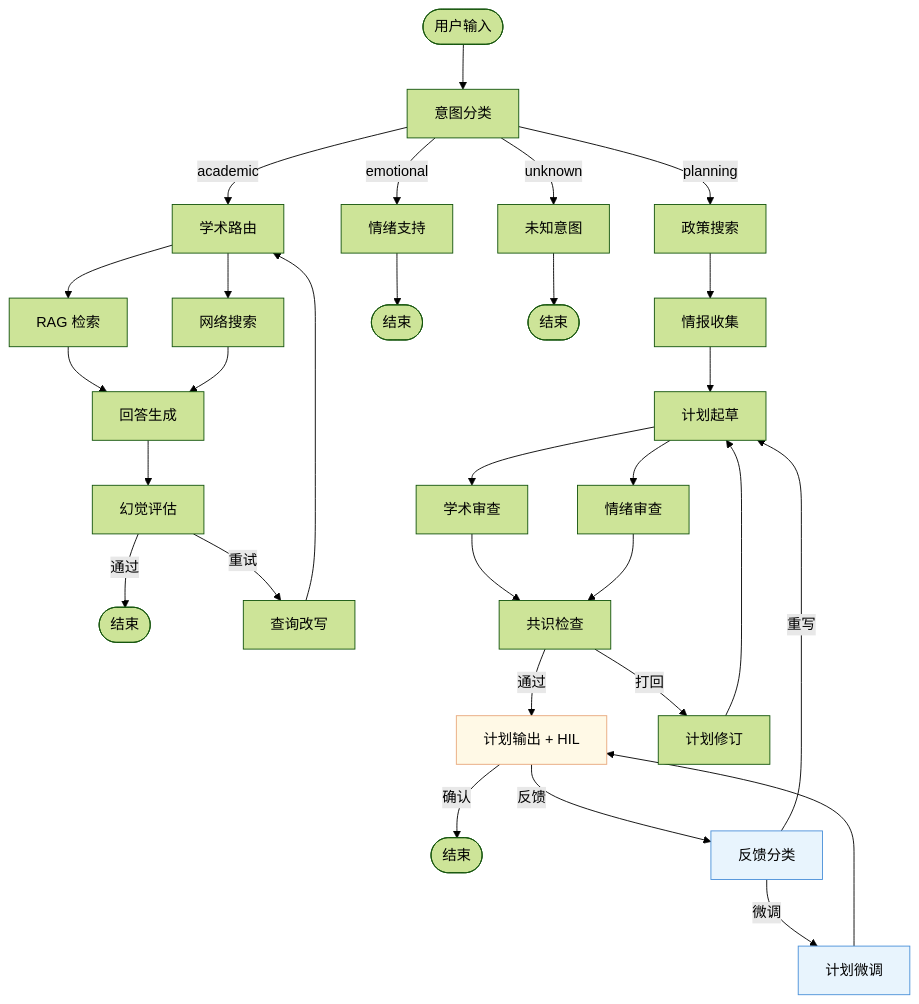
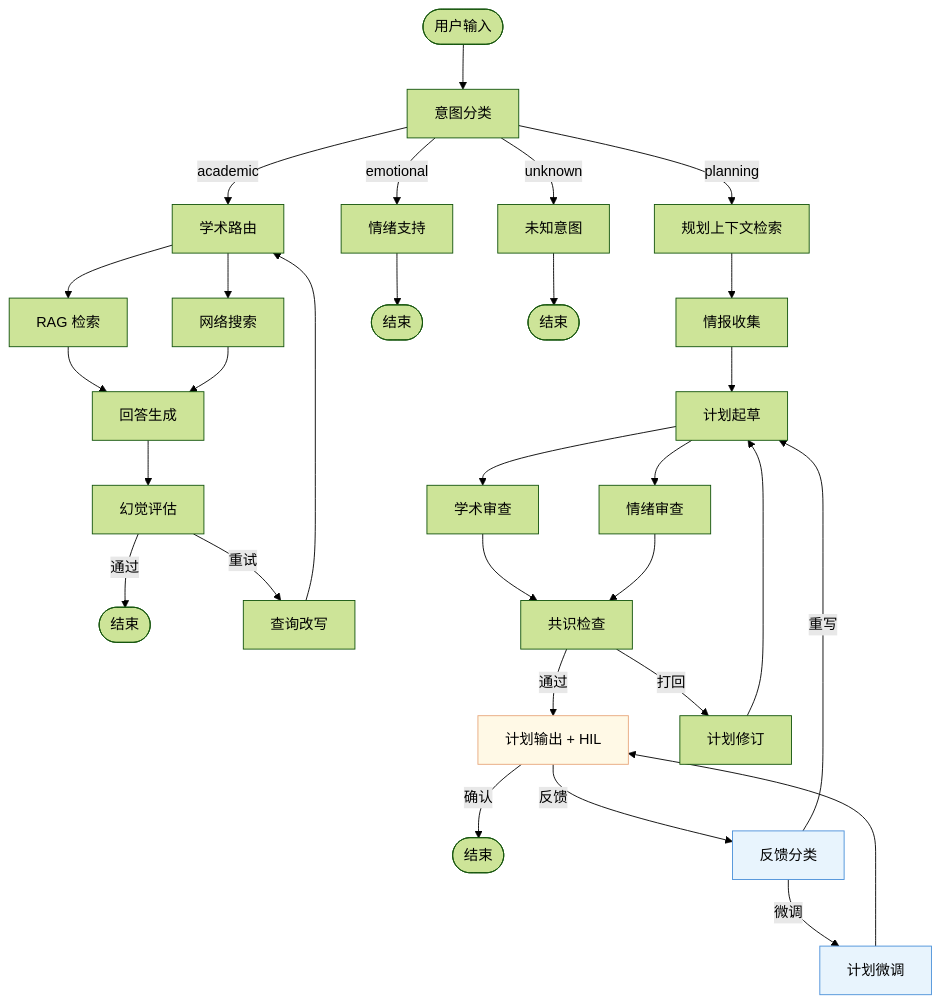
One commit to kyle-1227/A3_study_agent changed the first of 2 diagrams in docs/architecture/v0.3.0/diagram_design.md. Above: the diagram before and after it, drawn with Mermaid (forest theme). The commit also changed 15 other files, not shown here.

First line of the commit message:
feat：将 planning policy 节点重命名为 planning context

````diff
--- a/docs/architecture/v0.3.0/diagram_design.md
+++ b/docs/architecture/v0.3.0/diagram_design.md
@@ -5,46 +5,46 @@
 ```mermaid
 graph TD
   START([用户输入]) --> supervisor[意图分类]
 
   supervisor -->|academic| academic_router[学术路由]
-  supervisor -->|planning| search_policy[政策搜索]
+  supervisor -->|planning| gather_planning_context[规划上下文检索]
   supervisor -->|emotional| emotional_response[情绪支持]
   supervisor -->|unknown| handle_unknown[未知意图]
 
   %% Academic branch
   academic_router --> rag_retrieve[RAG 检索]
   academic_router --> web_search[网络搜索]
   rag_retrieve --> generate_answer[回答生成]
   web_search --> generate_answer
   generate_answer --> evaluate_hallucination[幻觉评估]
   evaluate_hallucination -->|通过| END_A([结束])
   evaluate_hallucination -->|重试| rewrite_query[查询改写]
   rewrite_query --> academic_router
 
   %% Planning branch
-  search_policy --> gather_intel[情报收集]
+  gather_planning_context --> gather_intel[情报收集]
   gather_intel --> drafter[计划起草]
   drafter --> reviewer_academic[学术审查]
   drafter --> reviewer_emotional[情绪审查]
   reviewer_academic --> consensus_check[共识检查]
   reviewer_emotional --> consensus_check
   consensus_check -->|通过| plan_output[计划输出 + HIL]
   consensus_check -->|打回| adv_rewrite[计划修订]
   adv_rewrite --> drafter
 
   %% HIL feedback loop
   plan_output -->|确认| END_P([结束])
   plan_output -->|反馈| feedback_router[反馈分类]
   feedback_router -->|微调| plan_tweak[计划微调]
   feedback_router -->|重写| drafter
   plan_tweak --> plan_output
 
   %% Terminal nodes
   emotional_response --> END_E([结束])
   handle_unknown --> END_U([结束])
 
   %% Styling
   style plan_output fill:#FFF9E6,stroke:#E8A87C
   style feedback_router fill:#E8F4FD,stroke:#4A90D9
   style plan_tweak fill:#E8F4FD,stroke:#4A90D9
 ```
````
